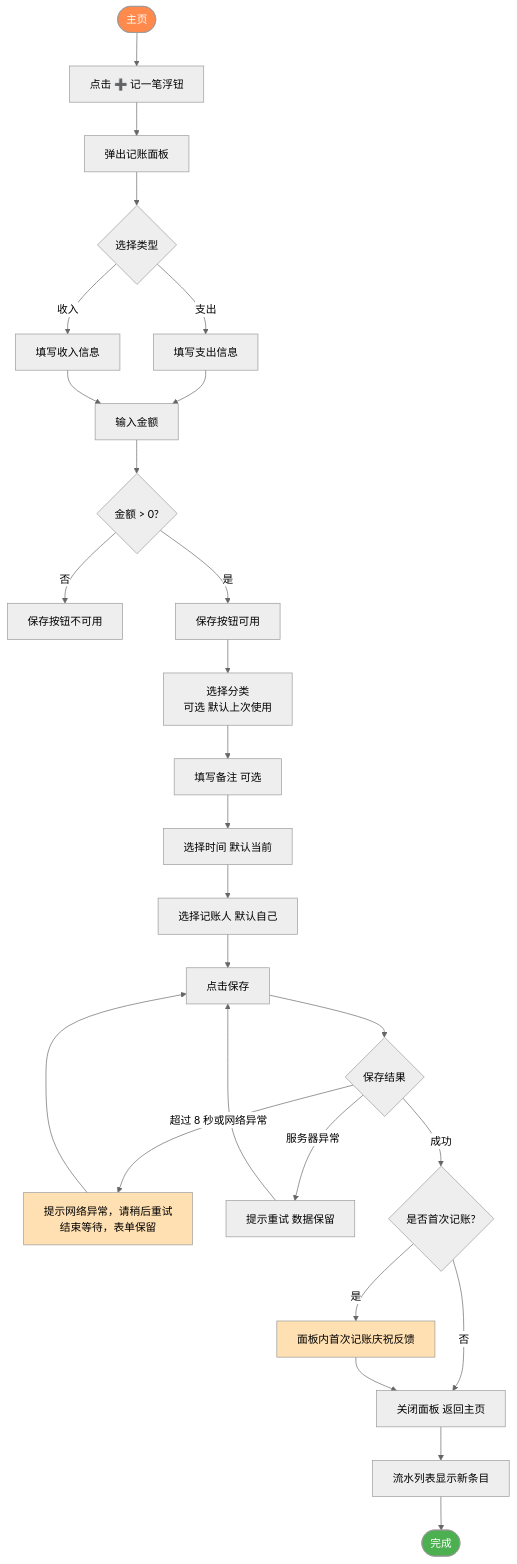
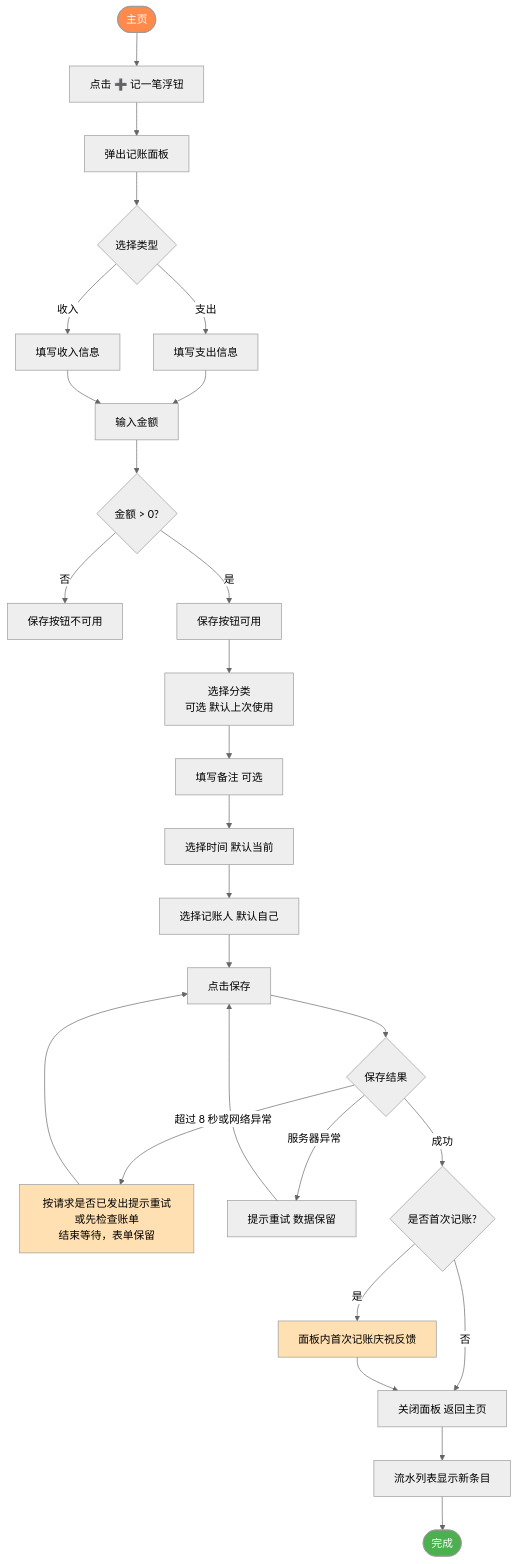
One commit to raochen0000/HomeBook changed the second of 16 diagrams in docs/PRD.md. Above: the diagram before and after it, drawn with Mermaid (neutral theme). The commit also changed other lines of this file and 42 other files, not shown here.

````diff
--- a/docs/PRD.md
+++ b/docs/PRD.md
@@ -208,43 +213,43 @@
 ```mermaid
 flowchart TD
     A([主页]) --> B[点击 ➕ 记一笔浮钮]
     B --> C[弹出记账面板]
 
     C --> D{选择类型}
     D -- 支出 --> F[填写支出信息]
     D -- 收入 --> F2[填写收入信息]
 
     F --> G[输入金额]
     F2 --> G
 
     G --> H{金额 > 0?}
     H -- 否 --> H1[保存按钮不可用]
     H -- 是 --> I[保存按钮可用]
 
     I --> J[选择分类<br/>可选 默认上次使用]
     J --> L[填写备注 可选]
     L --> M[选择时间 默认当前]
     M --> N[选择记账人 默认自己]
 
     N --> O[点击保存]
     O --> P{保存结果}
 
-    P -- 超过 8 秒或网络异常 --> P1[提示网络异常，请稍后重试<br/>结束等待，表单保留]
+    P -- 超过 8 秒或网络异常 --> P1[按请求是否已发出提示重试或先检查账单<br/>结束等待，表单保留]
     P -- 服务器异常 --> P2[提示重试 数据保留]
     P -- 成功 --> S{是否首次记账?}
 
     S -- 是 --> S1[面板内首次记账庆祝反馈]
     S -- 否 --> Q[关闭面板 返回主页]
     S1 --> Q
 
     P1 --> O
     P2 --> O
 
     Q --> R[流水列表显示新条目]
     R --> Z([完成])
 
     style A fill:#FF8A4C,color:#fff
     style Z fill:#4CAF50,color:#fff
     style P1 fill:#FFE0B2
     style S1 fill:#FFE0B2
 ```
````
